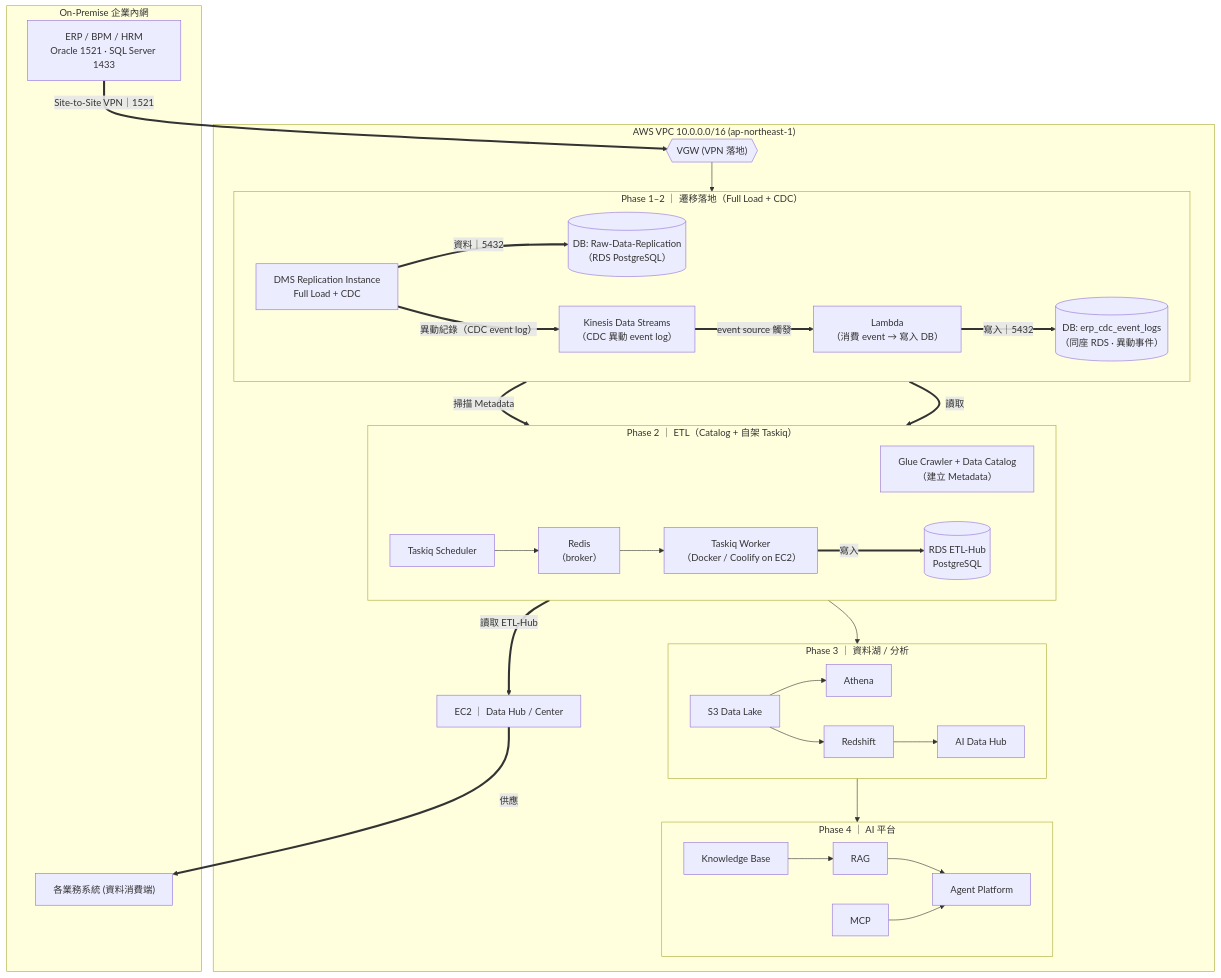
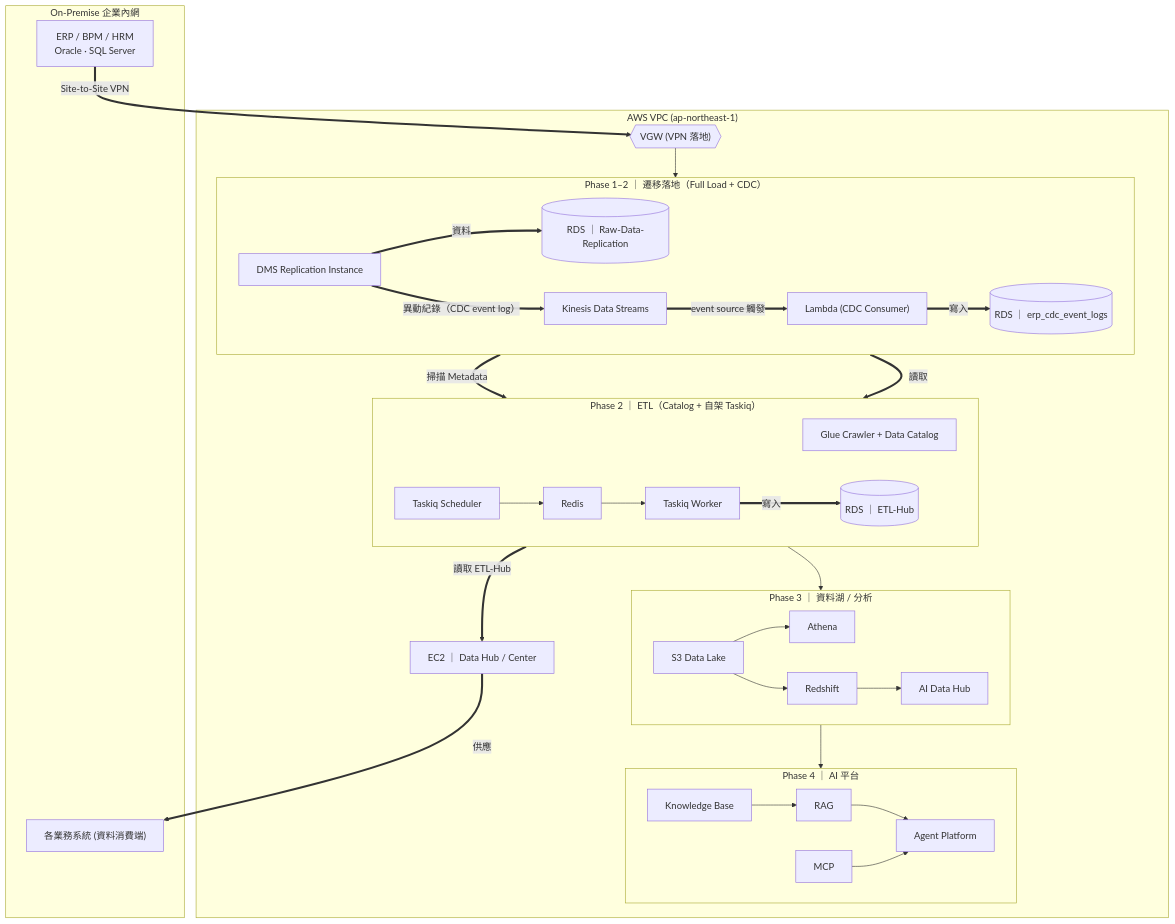
The first of 10 diagrams in docs/Arch/aws-to-local-infra-arch.md (Jiaye-DF/data-center-etl), drawn with Mermaid before and after one commit. The commit also changed other lines of this file and 1 other file, not shown here.

Commit message:
(AI) Docs: 架構圖分頁重整為 14 節(拆 VPC Endpoint / Phase 2 排程 / 名詞解說)並使 md 與 HTML 章節對齊

````diff
--- a/docs/Arch/aws-to-local-infra-arch.md
+++ b/docs/Arch/aws-to-local-infra-arch.md
@@ -44,50 +45,50 @@
 ```mermaid
 flowchart TB
   subgraph ONPREM["On-Premise 企業內網"]
-    ERP["ERP / BPM / HRM<br/>Oracle 1521 · SQL Server 1433"]
+    ERP["ERP / BPM / HRM<br/>Oracle · SQL Server"]
     BIZ["各業務系統 (資料消費端)"]
   end
 
-  subgraph AWS["AWS VPC 10.0.0.0/16 (ap-northeast-1)"]
+  subgraph AWS["AWS VPC (ap-northeast-1)"]
     VGW{{"VGW (VPN 落地)"}}
 
     subgraph Z1["Phase 1–2 ｜ 遷移落地（Full Load + CDC）"]
       direction LR
-      DMS["DMS Replication Instance<br/>Full Load + CDC"]
-      KDS["Kinesis Data Streams<br/>（CDC 異動 event log）"]
-      LMB["Lambda<br/>（消費 event → 寫入 DB）"]
-      RAW[("DB: Raw-Data-Replication<br/>（RDS PostgreSQL）")]
-      CDCDB[("DB: erp_cdc_event_logs<br/>（同座 RDS · 異動事件）")]
+      DMS["DMS Replication Instance"]
+      KDS["Kinesis Data Streams"]
+      LMB["Lambda (CDC Consumer)"]
+      RAW[("RDS ｜ Raw-Data-Replication")]
+      CDCDB[("RDS ｜ erp_cdc_event_logs")]
     end
 
     subgraph Z2["Phase 2 ｜ ETL（Catalog + 自架 Taskiq）"]
       direction LR
-      GLUE["Glue Crawler + Data Catalog<br/>（建立 Metadata）"]
-      SCHED["Taskiq Scheduler"] --> REDIS["Redis<br/>（broker）"] --> WORKER["Taskiq Worker<br/>（Docker / Coolify on EC2）"]
-      HUB[("RDS ETL-Hub<br/>PostgreSQL")]
+      GLUE["Glue Crawler + Data Catalog"]
+      SCHED["Taskiq Scheduler"] --> REDIS["Redis"] --> WORKER["Taskiq Worker"]
+      HUB[("RDS ｜ ETL-Hub")]
     end
 
     EC2["EC2 ｜ Data Hub / Center"]
 
     subgraph Z3["Phase 3 ｜ 資料湖 / 分析"]
       direction LR
       S3["S3 Data Lake"] --> ATH["Athena"]
       S3 --> RS["Redshift"] --> AIDH["AI Data Hub"]
     end
 
     subgraph Z4["Phase 4 ｜ AI 平台"]
       direction LR
       KB["Knowledge Base"] --> RAG["RAG"] --> AGENT["Agent Platform"]
       MCP["MCP"] --> AGENT
     end
   end
 
-  ERP == "Site-to-Site VPN｜1521" ==> VGW --> DMS
-  DMS == "資料｜5432" ==> RAW
-  DMS == "異動紀錄（CDC event log）" ==> KDS == "event source 觸發" ==> LMB == "寫入｜5432" ==> CDCDB
+  ERP == "Site-to-Site VPN" ==> VGW --> DMS
+  DMS == "資料" ==> RAW
+  DMS == "異動紀錄（CDC event log）" ==> KDS == "event source 觸發" ==> LMB == "寫入" ==> CDCDB
   RAW == "掃描 Metadata" ==> GLUE
   RAW == "讀取" ==> WORKER == "寫入" ==> HUB
   HUB == "讀取 ETL-Hub" ==> EC2 == "供應" ==> BIZ
   HUB --> S3
   AIDH --> KB
 ```
````
